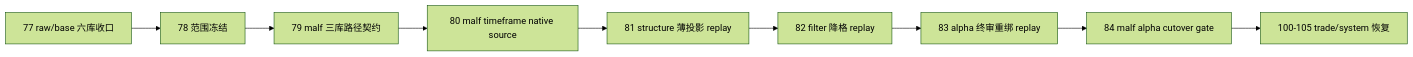
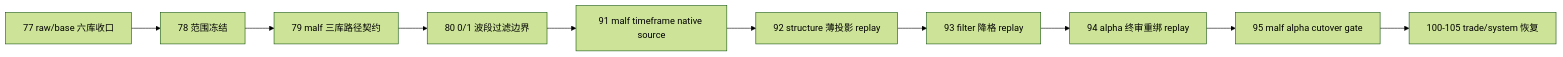
The second of 2 diagrams in docs/01-design/modules/system/18-malf-alpha-dual-axis-and-timeframe-native-refactor-charter-20260418.md (everything-is-simple/lifespan-0.01), drawn with Mermaid (forest theme) before and after one commit. The commit also changed other lines of this file and 59 other files, not shown here.

Commit message:
malf: freeze 0/1 wave boundary and renumber cutover cards

````diff
--- a/docs/01-design/modules/system/18-malf-alpha-dual-axis-and-timeframe-native-refactor-charter-20260418.md
+++ b/docs/01-design/modules/system/18-malf-alpha-dual-axis-and-timeframe-native-refactor-charter-20260418.md
@@ -118,11 +120,12 @@
 ```mermaid
 flowchart LR
     G77["77 raw/base 六库收口"] --> C78["78 范围冻结"]
     C78 --> C79["79 malf 三库路径契约"]
-    C79 --> C80["80 malf timeframe native source"]
-    C80 --> C81["81 structure 薄投影 replay"]
-    C81 --> C82["82 filter 降格 replay"]
-    C82 --> C83["83 alpha 终审重绑 replay"]
-    C83 --> C84["84 malf alpha cutover gate"]
-    C84 --> C100["100-105 trade/system 恢复"]
+    C79 --> C80["80 0/1 波段过滤边界"]
+    C80 --> C91["91 malf timeframe native source"]
+    C91 --> C92["92 structure 薄投影 replay"]
+    C92 --> C93["93 filter 降格 replay"]
+    C93 --> C94["94 alpha 终审重绑 replay"]
+    C94 --> C95["95 malf alpha cutover gate"]
+    C95 --> C100["100-105 trade/system 恢复"]
 ```
````
